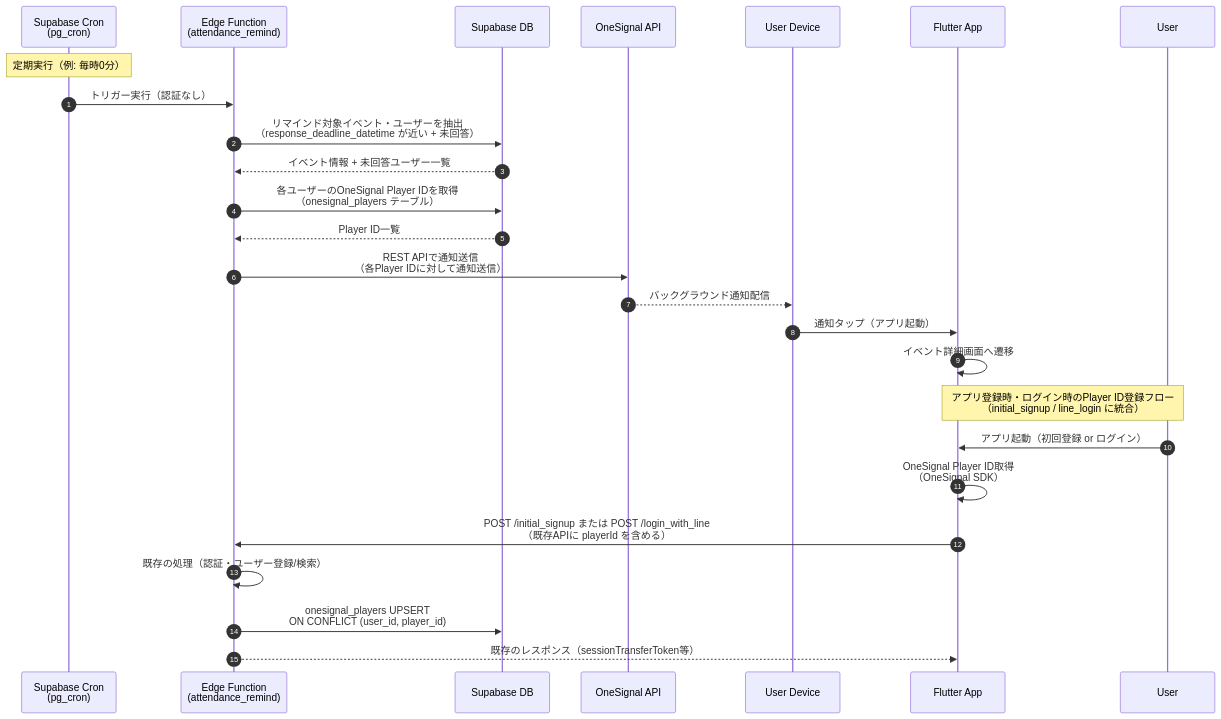
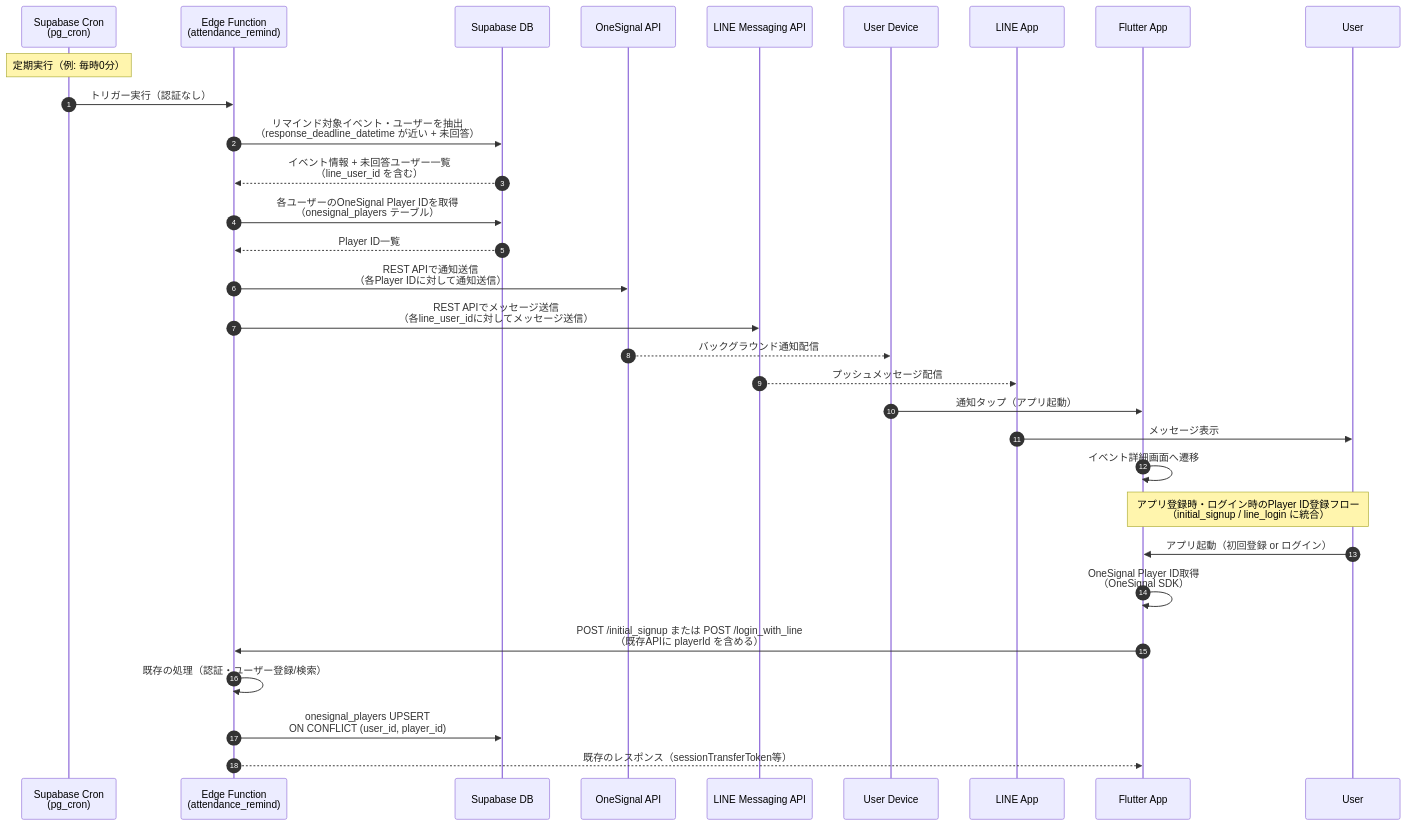
One commit to kerokerotur/banars-app changed the diagram in docs/DESIGN_DOCS/attendance/attendance_remind.md. Above: the diagram before and after it, drawn with Mermaid. The commit also changed other lines of this file, not shown here.

````diff
--- a/docs/DESIGN_DOCS/attendance/attendance_remind.md
+++ b/docs/DESIGN_DOCS/attendance/attendance_remind.md
@@ -5,30 +5,35 @@
 ```mermaid
 sequenceDiagram
     autonumber
     participant Cron as Supabase Cron<br>(pg_cron)
     participant Edge as Edge Function<br>(attendance_remind)
     participant DB as Supabase DB
     participant OneSignal as OneSignal API
+    participant LINE as LINE Messaging API
     participant Device as User Device
+    participant LINEApp as LINE App
     participant App as Flutter App
     participant User as User
 
     Note over Cron: 定期実行（例: 毎時0分）
     Cron->>Edge: トリガー実行（認証なし）
     Edge->>DB: リマインド対象イベント・ユーザーを抽出<br>（response_deadline_datetime が近い + 未回答）
-    DB-->>Edge: イベント情報 + 未回答ユーザー一覧
+    DB-->>Edge: イベント情報 + 未回答ユーザー一覧<br>（line_user_id を含む）
     Edge->>DB: 各ユーザーのOneSignal Player IDを取得<br>（onesignal_players テーブル）
     DB-->>Edge: Player ID一覧
     Edge->>OneSignal: REST APIで通知送信<br>（各Player IDに対して通知送信）
+    Edge->>LINE: REST APIでメッセージ送信<br>（各line_user_idに対してメッセージ送信）
     OneSignal-->>Device: バックグラウンド通知配信
+    LINE-->>LINEApp: プッシュメッセージ配信
     Device->>App: 通知タップ（アプリ起動）
+    LINEApp->>User: メッセージ表示
     App->>App: イベント詳細画面へ遷移
 
     Note over App,User: アプリ登録時・ログイン時のPlayer ID登録フロー<br>（initial_signup / line_login に統合）
     User->>App: アプリ起動（初回登録 or ログイン）
     App->>App: OneSignal Player ID取得<br>（OneSignal SDK）
     App->>Edge: POST /initial_signup または POST /login_with_line<br>（既存APIに playerId を含める）
     Edge->>Edge: 既存の処理（認証・ユーザー登録/検索）
     Edge->>DB: onesignal_players UPSERT<br>ON CONFLICT (user_id, player_id)
     Edge-->>App: 既存のレスポンス（sessionTransferToken等）
 ```
````
